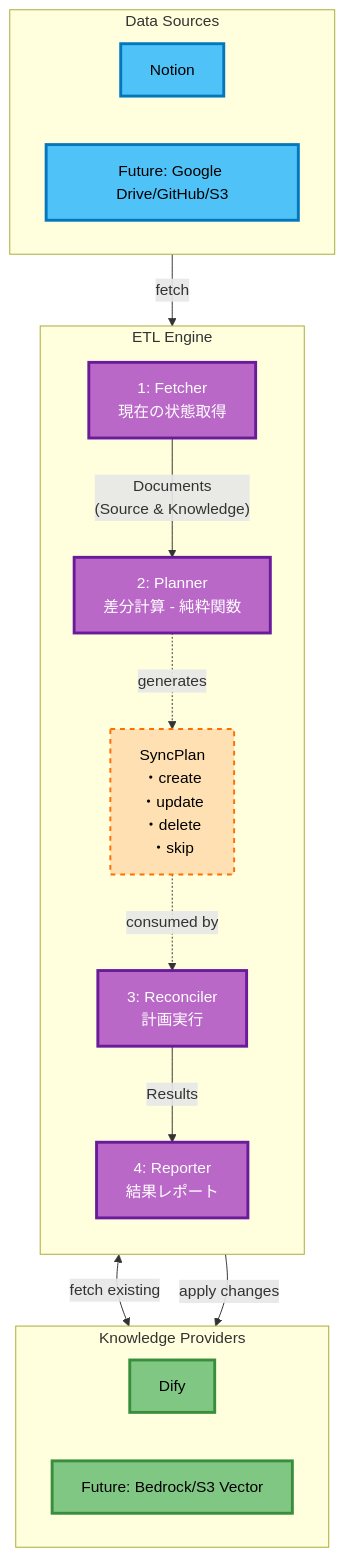
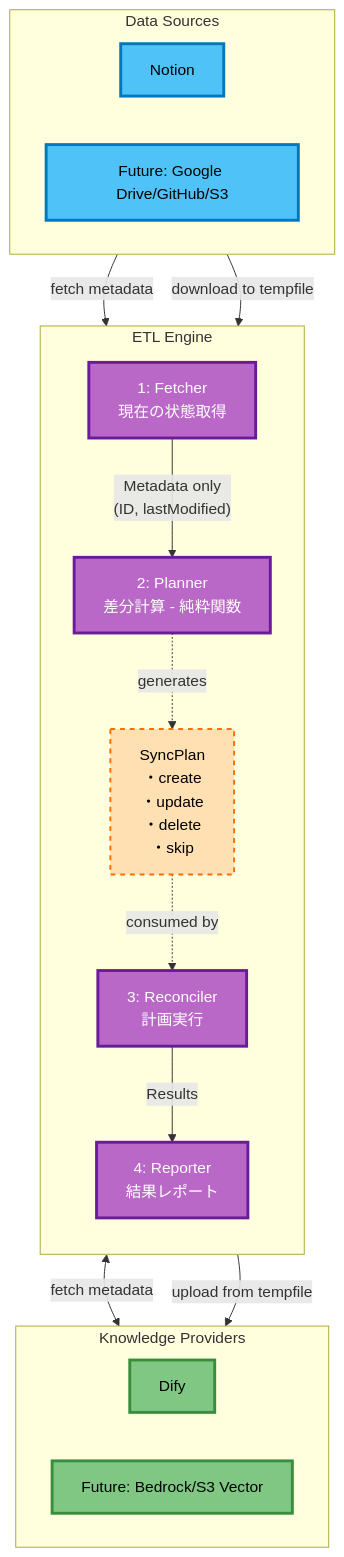
The diagram in specs/20250718-1952-ai-knowledge-etl-framework/design.md (yuya-takeyama/dok), drawn with Mermaid before and after one commit. The commit also changed other lines of this file, not shown here.

````diff
--- a/specs/20250718-1952-ai-knowledge-etl-framework/design.md
+++ b/specs/20250718-1952-ai-knowledge-etl-framework/design.md
@@ -23,41 +31,42 @@
 ```mermaid
 flowchart TB
     subgraph DS[Data Sources]
         Notion[Notion]
         Future1["Future: Google Drive/GitHub/S3"]
     end
 
     subgraph ETL[ETL Engine]
         direction TB
         Fetcher["1: Fetcher<br/>現在の状態取得"]
         Planner["2: Planner<br/>差分計算 - 純粋関数"]
         SyncPlan["SyncPlan<br/>・create<br/>・update<br/>・delete<br/>・skip"]
         Reconciler["3: Reconciler<br/>計画実行"]
         Reporter["4: Reporter<br/>結果レポート"]
 
-        Fetcher -->|"Documents<br/>(Source & Knowledge)"| Planner
+        Fetcher -->|"Metadata only<br/>(ID, lastModified)"| Planner
         Planner -.->|"generates"| SyncPlan
         SyncPlan -.->|"consumed by"| Reconciler
         Reconciler -->|"Results"| Reporter
     end
 
     subgraph KP[Knowledge Providers]
         Dify[Dify]
         Future2["Future: Bedrock/S3 Vector"]
     end
 
-    DS -->|"fetch"| Fetcher
-    Fetcher <-->|"fetch existing"| KP
-    Reconciler -->|"apply changes"| KP
+    DS -->|"fetch metadata"| Fetcher
+    Fetcher <-->|"fetch metadata"| KP
+    DS -->|"download to tempfile"| Reconciler
+    Reconciler -->|"upload from tempfile"| KP
 
     classDef dataSource fill:#4fc3f7,stroke:#0277bd,stroke-width:3px,color:#000
     classDef etlComponent fill:#ba68c8,stroke:#6a1b9a,stroke-width:3px,color:#fff
     classDef knowledge fill:#81c784,stroke:#388e3c,stroke-width:3px,color:#000
     classDef state fill:#ffb74d,stroke:#f57c00,stroke-width:3px,color:#000
     classDef data fill:#ffe0b2,stroke:#ff6f00,stroke-width:2px,stroke-dasharray: 5 5,color:#000
 
     class Notion,Future1 dataSource
     class Fetcher,Planner,Reconciler,Reporter etlComponent
     class Dify,Future2 knowledge
     class SyncPlan data
 ```
````
